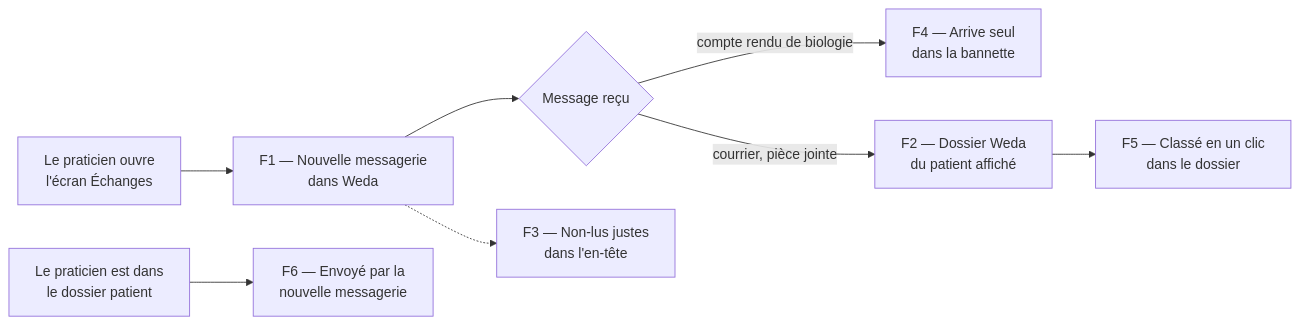
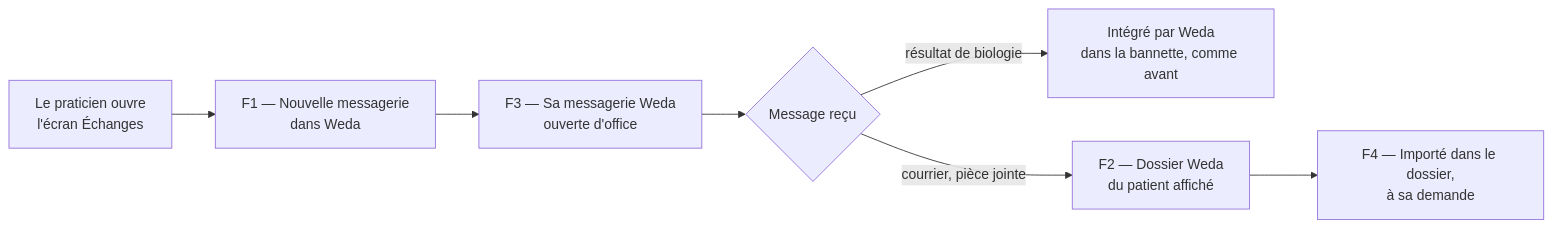
The diagram in Docs/epics/E019-integration-de-la-nouvelle-messagerie.md (codengine-technologies/HealthPlatform.Forge), drawn with Mermaid before and after one commit. The commit also changed other lines of this file and 8 other files, not shown here.

````diff
--- a/Docs/epics/E019-integration-de-la-nouvelle-messagerie.md
+++ b/Docs/epics/E019-integration-de-la-nouvelle-messagerie.md
@@ -87,10 +85,9 @@
 ```mermaid
 flowchart LR
     A["Le praticien ouvre<br/>l'écran Échanges"] --> F1["F1 — Nouvelle messagerie<br/>dans Weda"]
-    F1 --> R{"Message reçu"}
-    R -- "compte rendu de biologie" --> F4["F4 — Arrive seul<br/>dans la bannette"]
+    F1 --> F3["F3 — Sa messagerie Weda<br/>ouverte d'office"]
+    F3 --> R{"Message reçu"}
+    R -- "résultat de biologie" --> B["Intégré par Weda<br/>dans la bannette, comme avant"]
     R -- "courrier, pièce jointe" --> F2["F2 — Dossier Weda<br/>du patient affiché"]
-    F2 --> F5["F5 — Classé en un clic<br/>dans le dossier"]
-    D["Le praticien est dans<br/>le dossier patient"] --> F6["F6 — Envoyé par la<br/>nouvelle messagerie"]
-    F1 -.-> F3["F3 — Non-lus justes<br/>dans l'en-tête"]
+    F2 --> F4["F4 — Importé dans le dossier,<br/>à sa demande"]
 ```
````
